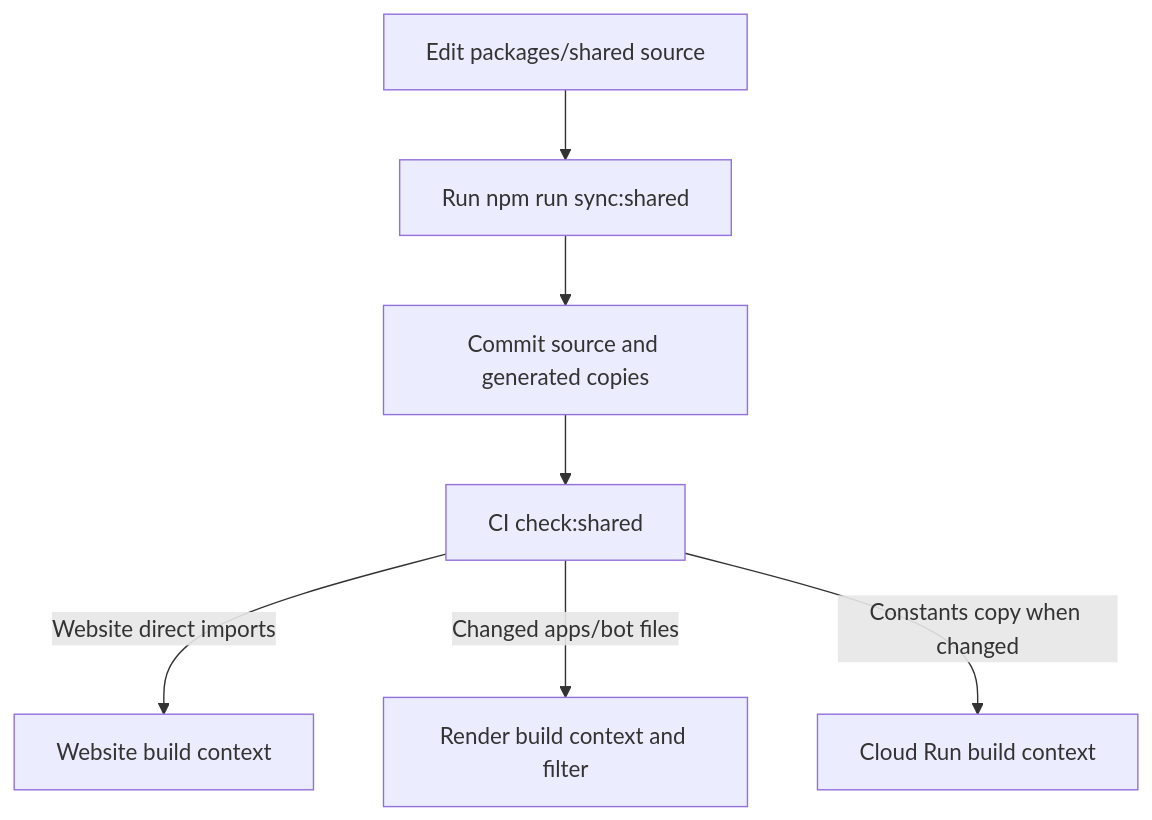
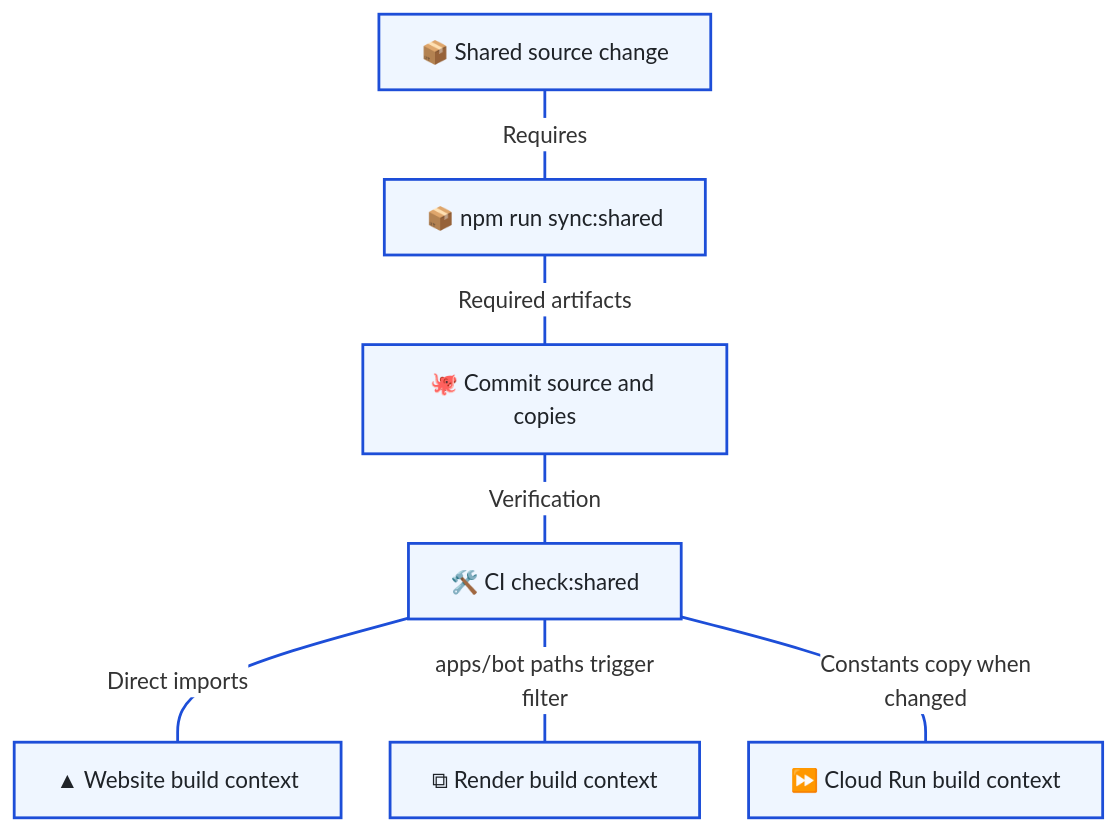
One commit to T00few2/dzr changed the third of 3 diagrams in docs/architecture/operations.md. Above: the diagram before and after it, drawn with Mermaid. The commit also changed other lines of this file and 15 other files, not shown here.

First line of the commit message:
docs: standardize Mermaid notation and map the technology stack

````diff
--- a/docs/architecture/operations.md
+++ b/docs/architecture/operations.md
@@ -56,9 +75,22 @@
 ```mermaid
+---
+config:
+  theme: base
+  themeVariables:
+    edgeLabelBackground: '#ffffff'
+  flowchart:
+    padding: 15
+    nodeSpacing: 35
+    rankSpacing: 40
+---
 flowchart TB
-    edit[Edit packages/shared source] --> sync[Run npm run sync:shared]
-    sync --> commit[Commit source and generated copies]
-    commit --> check[CI check:shared]
-    check -->|Website direct imports| web[Website build context]
-    check -->|Changed apps/bot files| bot[Render build context and filter]
-    check -->|Constants copy when changed| api[Cloud Run build context]
+    edit["📦 Shared source change"] ---|Requires| sync["📦 npm run sync:shared"]
+    sync ---|Required artifacts| commit["🐙 Commit source and copies"]
+    commit ---|Verification| check["🛠️ CI check:shared"]
+    check ---|Direct imports| web["▲ Website build context"]
+    check ---|apps/bot paths trigger<br/>filter| bot["⧉ Render build context"]
+    check ---|Constants copy when<br/>changed| api["⏩ Cloud Run build context"]
+    classDef default fill:#eff6ff,stroke:#1d4ed8,stroke-width:2px,color:#1f2328
+    classDef external fill:#fff1f2,stroke:#b91c1c,stroke-width:2px,color:#1f2328
+    linkStyle default stroke:#1d4ed8,stroke-width:2px
 ```
````
